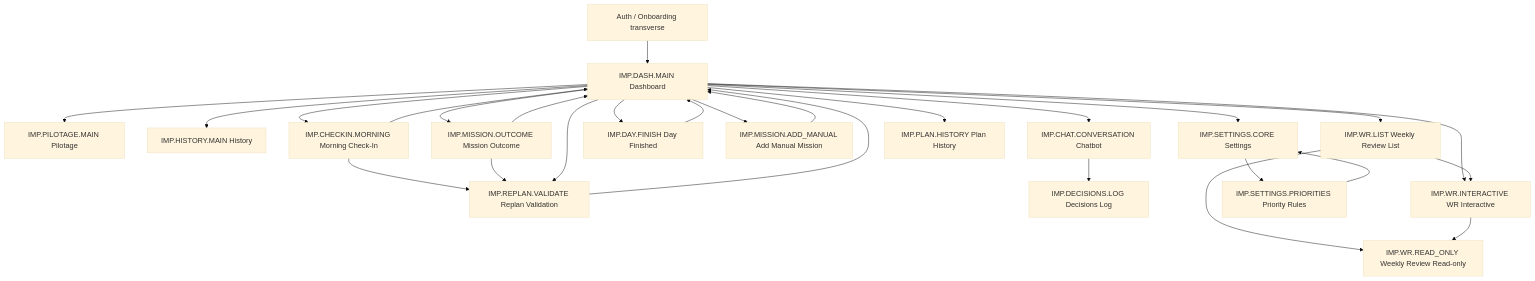
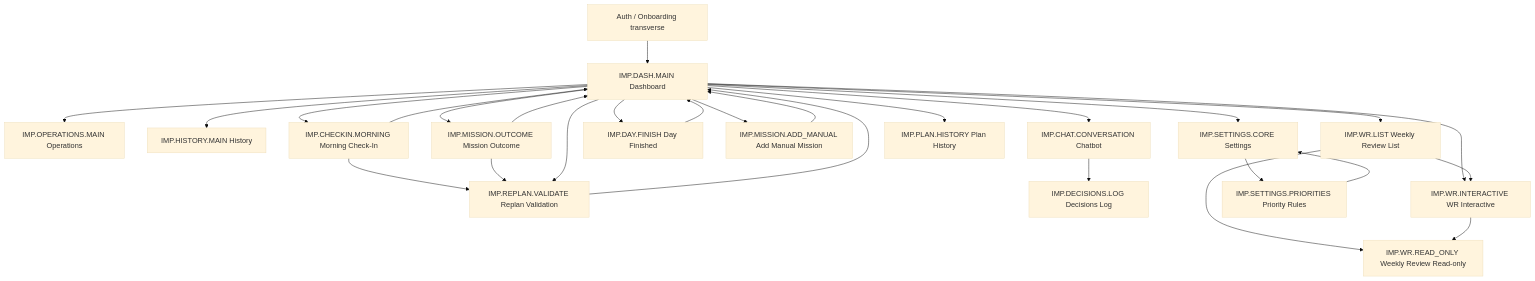
The first of 5 diagrams in docs_master/59_DESIGN_SYSTEM_V1_DRAFT.md (Abdel93240/imperium-backend), drawn with Mermaid (base theme) before and after one commit. The commit also changed other lines of this file and 9 other files, not shown here.

````diff
--- a/docs_master/59_DESIGN_SYSTEM_V1_DRAFT.md
+++ b/docs_master/59_DESIGN_SYSTEM_V1_DRAFT.md
@@ -925,29 +925,29 @@
 ```mermaid
 flowchart TD
   AUTH[Auth / Onboarding transverse] --> DASH[IMP.DASH.MAIN Dashboard]
-  DASH --> OPS[IMP.PILOTAGE.MAIN Pilotage]
+  DASH --> OPS[IMP.OPERATIONS.MAIN Operations]
   DASH --> HIST[IMP.HISTORY.MAIN History]
   DASH --> SETTINGS[IMP.SETTINGS.CORE Settings]
   DASH --> CHECKIN[IMP.CHECKIN.MORNING Morning Check-In]
   CHECKIN --> REPLAN[IMP.REPLAN.VALIDATE Replan Validation]
   CHECKIN --> DASH
   DASH --> OUTCOME[IMP.MISSION.OUTCOME Mission Outcome]
   OUTCOME --> REPLAN
   OUTCOME --> DASH
   DASH --> FINISH[IMP.DAY.FINISH Day Finished]
   FINISH --> DASH
   DASH --> REPLAN
   REPLAN --> DASH
   DASH --> ADDMISSION[IMP.MISSION.ADD_MANUAL Add Manual Mission]
   ADDMISSION --> DASH
   DASH --> CHAT[IMP.CHAT.CONVERSATION Chatbot]
   CHAT --> DECISIONS[IMP.DECISIONS.LOG Decisions Log]
   DASH --> PLANHISTORY[IMP.PLAN.HISTORY Plan History]
   DASH --> WRLIST[IMP.WR.LIST Weekly Review List]
   WRLIST --> WRREAD[IMP.WR.READ_ONLY Weekly Review Read-only]
   DASH --> WRINTERACTIVE[IMP.WR.INTERACTIVE WR Interactive]
   WRLIST --> WRINTERACTIVE
   WRINTERACTIVE --> WRREAD
   SETTINGS --> PRIORITIES[IMP.SETTINGS.PRIORITIES Priority Rules]
   PRIORITIES --> SETTINGS
 ```
````
